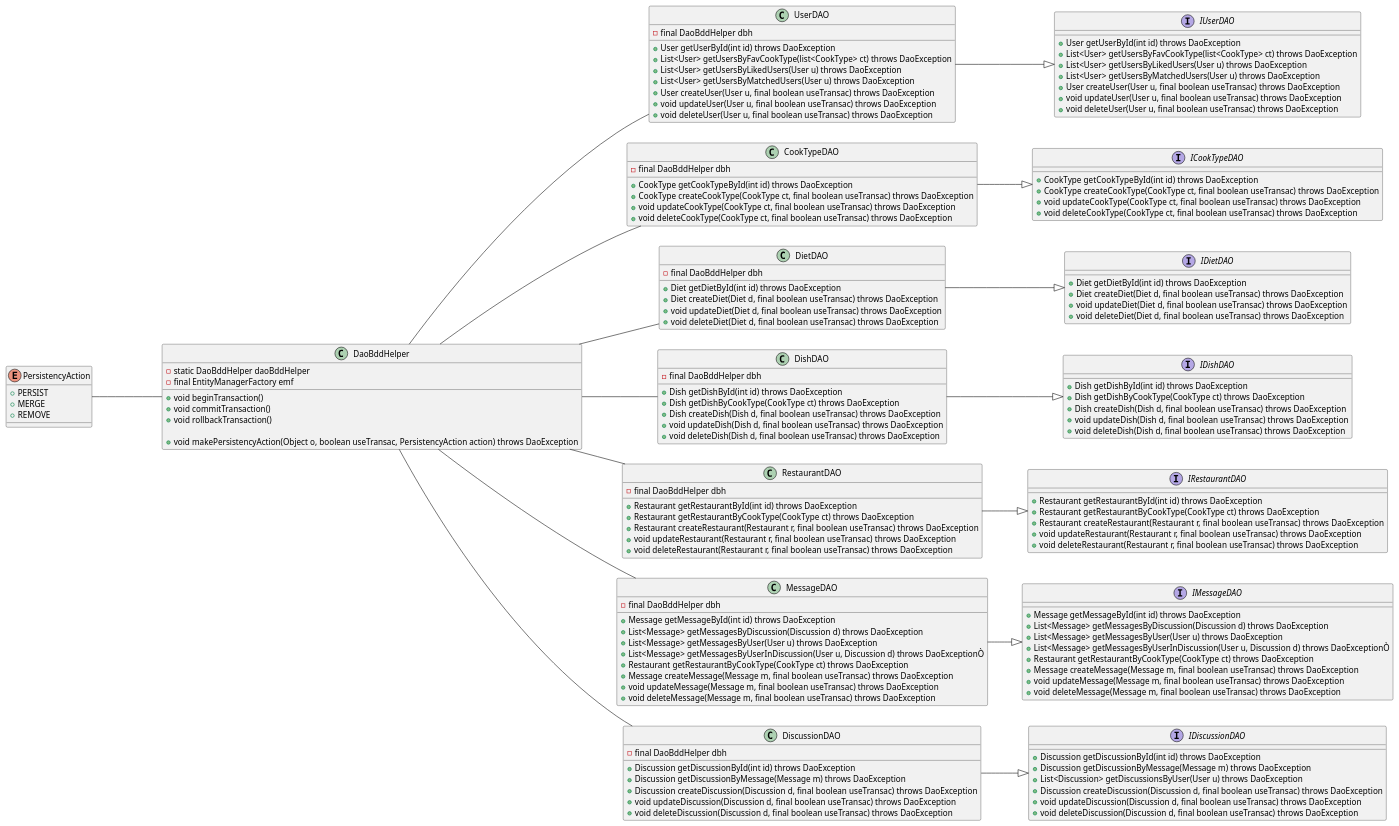
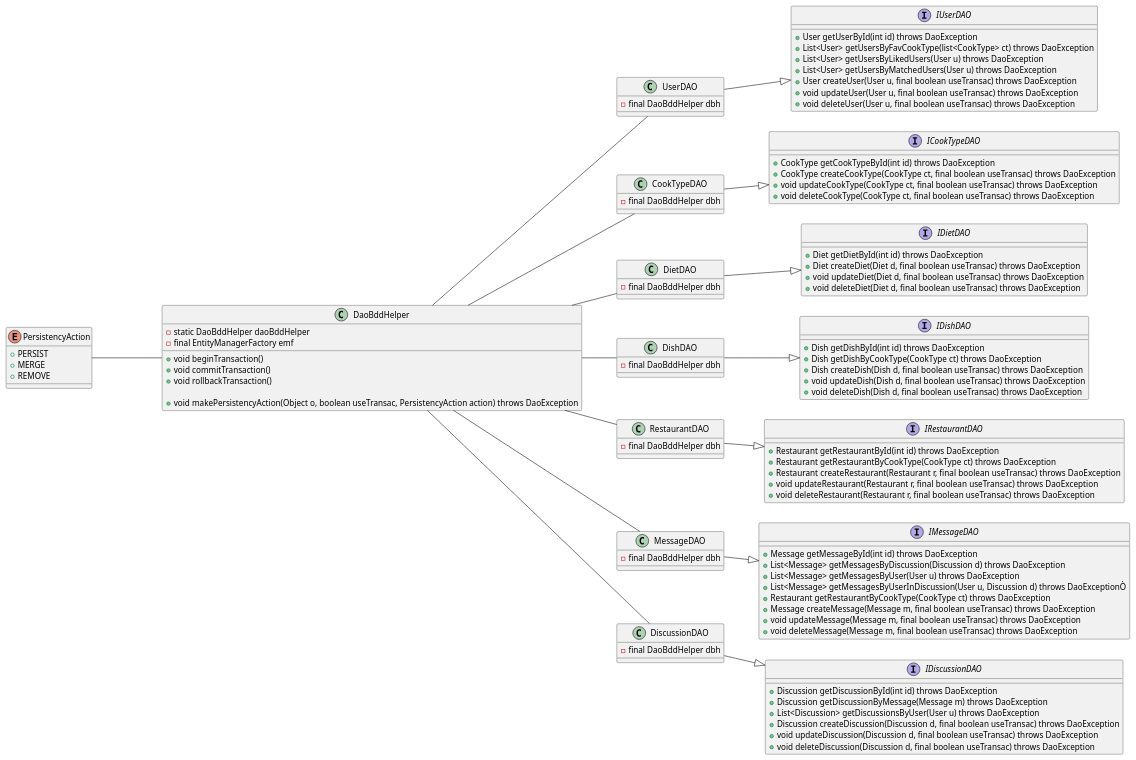
Before and after one commit to UPPA-s-University-Projects/M1_SIGLIS-MeetBallsUML: the diagram in class/dao.puml, drawn with PlantUML. The commit also changed 1 other file, not shown here.

Commit message:
clean DAO diagram to respect UML rules

```diff
--- a/class/dao.puml
+++ b/class/dao.puml
@@ -1,187 +1,149 @@
 @startuml
 
 left to right direction
 
 Class "DaoBddHelper" as daoBddHelper{
     - static DaoBddHelper daoBddHelper
     - final EntityManagerFactory emf
 
     + void beginTransaction()
     + void commitTransaction()
     + void rollbackTransaction()
 
     + void makePersistencyAction(Object o, boolean useTransac, PersistencyAction action) throws DaoException
 }
 
 Enum "PersistencyAction" as persistencyAction{
     + PERSIST
     + MERGE
     + REMOVE
 }
 
 Interface "IUserDAO" as iPersonDAO{
     + User getUserById(int id) throws DaoException
     + List<User> getUsersByFavCookType(list<CookType> ct) throws DaoException
     + List<User> getUsersByLikedUsers(User u) throws DaoException
     + List<User> getUsersByMatchedUsers(User u) throws DaoException
     + User createUser(User u, final boolean useTransac) throws DaoException
     + void updateUser(User u, final boolean useTransac) throws DaoException
     + void deleteUser(User u, final boolean useTransac) throws DaoException
 }
 
 Class "UserDAO" as personDAO{
 
     - final DaoBddHelper dbh
 
-    + User getUserById(int id) throws DaoException
-    + List<User> getUsersByFavCookType(list<CookType> ct) throws DaoException
-    + List<User> getUsersByLikedUsers(User u) throws DaoException
-    + List<User> getUsersByMatchedUsers(User u) throws DaoException
-    + User createUser(User u, final boolean useTransac) throws DaoException
-    + void updateUser(User u, final boolean useTransac) throws DaoException
-    + void deleteUser(User u, final boolean useTransac) throws DaoException
 }
 
 Interface "ICookTypeDAO" as iCookTypeDAO{
     + CookType getCookTypeById(int id) throws DaoException
     + CookType createCookType(CookType ct, final boolean useTransac) throws DaoException
     + void updateCookType(CookType ct, final boolean useTransac) throws DaoException
     + void deleteCookType(CookType ct, final boolean useTransac) throws DaoException
 }
 
 Class "CookTypeDAO" as cookTypeDAO{
 
     - final DaoBddHelper dbh
 
-    + CookType getCookTypeById(int id) throws DaoException
-    + CookType createCookType(CookType ct, final boolean useTransac) throws DaoException
-    + void updateCookType(CookType ct, final boolean useTransac) throws DaoException
-    + void deleteCookType(CookType ct, final boolean useTransac) throws DaoException
 }
 
 Interface "IDietDAO" as iDietDAO{
     + Diet getDietById(int id) throws DaoException
     + Diet createDiet(Diet d, final boolean useTransac) throws DaoException
     + void updateDiet(Diet d, final boolean useTransac) throws DaoException
     + void deleteDiet(Diet d, final boolean useTransac) throws DaoException
 }
 
 Class "DietDAO" as dietDAO{
 
     - final DaoBddHelper dbh
 
-    + Diet getDietById(int id) throws DaoException
-    + Diet createDiet(Diet d, final boolean useTransac) throws DaoException
-    + void updateDiet(Diet d, final boolean useTransac) throws DaoException
-    + void deleteDiet(Diet d, final boolean useTransac) throws DaoException
 }
 
 Interface "IDishDAO" as iDishDAO{
     + Dish getDishById(int id) throws DaoException
     + Dish getDishByCookType(CookType ct) throws DaoException
     + Dish createDish(Dish d, final boolean useTransac) throws DaoException
     + void updateDish(Dish d, final boolean useTransac) throws DaoException
     + void deleteDish(Dish d, final boolean useTransac) throws DaoException
 }
 
 Class "DishDAO" as dishDAO{
 
     - final DaoBddHelper dbh
 
-    + Dish getDishById(int id) throws DaoException
-    + Dish getDishByCookType(CookType ct) throws DaoException
-    + Dish createDish(Dish d, final boolean useTransac) throws DaoException
-    + void updateDish(Dish d, final boolean useTransac) throws DaoException
-    + void deleteDish(Dish d, final boolean useTransac) throws DaoException
 }
 
 Interface "IRestaurantDAO" as iRestaurantDAO{
     + Restaurant getRestaurantById(int id) throws DaoException
     + Restaurant getRestaurantByCookType(CookType ct) throws DaoException
     + Restaurant createRestaurant(Restaurant r, final boolean useTransac) throws DaoException
     + void updateRestaurant(Restaurant r, final boolean useTransac) throws DaoException
     + void deleteRestaurant(Restaurant r, final boolean useTransac) throws DaoException
 }
 
 Class "RestaurantDAO" as restaurantDAO{
     - final DaoBddHelper dbh
 
-    + Restaurant getRestaurantById(int id) throws DaoException
-    + Restaurant getRestaurantByCookType(CookType ct) throws DaoException
-    + Restaurant createRestaurant(Restaurant r, final boolean useTransac) throws DaoException
-    + void updateRestaurant(Restaurant r, final boolean useTransac) throws DaoException
-    + void deleteRestaurant(Restaurant r, final boolean useTransac) throws DaoException
 }
 
 
 Interface "IMessageDAO" as iMessageDAO{
     + Message getMessageById(int id) throws DaoException
     + List<Message> getMessagesByDiscussion(Discussion d) throws DaoException
     + List<Message> getMessagesByUser(User u) throws DaoException
     + List<Message> getMessagesByUserInDiscussion(User u, Discussion d) throws DaoExceptionÒ
     + Restaurant getRestaurantByCookType(CookType ct) throws DaoException
     + Message createMessage(Message m, final boolean useTransac) throws DaoException
     + void updateMessage(Message m, final boolean useTransac) throws DaoException
     + void deleteMessage(Message m, final boolean useTransac) throws DaoException
 }
 
 Class "MessageDAO" as messagingDAO{
     - final DaoBddHelper dbh
 
-    + Message getMessageById(int id) throws DaoException
-    + List<Message> getMessagesByDiscussion(Discussion d) throws DaoException
-    + List<Message> getMessagesByUser(User u) throws DaoException
-    + List<Message> getMessagesByUserInDiscussion(User u, Discussion d) throws DaoExceptionÒ
-    + Restaurant getRestaurantByCookType(CookType ct) throws DaoException
-    + Message createMessage(Message m, final boolean useTransac) throws DaoException
-    + void updateMessage(Message m, final boolean useTransac) throws DaoException
-    + void deleteMessage(Message m, final boolean useTransac) throws DaoException
 }
 
 
 
 Interface "IDiscussionDAO" as iDiscussionDAO{
     + Discussion getDiscussionById(int id) throws DaoException
     + Discussion getDiscussionByMessage(Message m) throws DaoException
     + List<Discussion> getDiscussionsByUser(User u) throws DaoException
     + Discussion createDiscussion(Discussion d, final boolean useTransac) throws DaoException
     + void updateDiscussion(Discussion d, final boolean useTransac) throws DaoException
     + void deleteDiscussion(Discussion d, final boolean useTransac) throws DaoException
 }
 
 Class "DiscussionDAO" as discussDAO{
     - final DaoBddHelper dbh
 
-    + Discussion getDiscussionById(int id) throws DaoException
-    + Discussion getDiscussionByMessage(Message m) throws DaoException
-    + Discussion createDiscussion(Discussion d, final boolean useTransac) throws DaoException
-    + void updateDiscussion(Discussion d, final boolean useTransac) throws DaoException
-    + void deleteDiscussion(Discussion d, final boolean useTransac) throws DaoException
 }
 
 persistencyAction --- daoBddHelper
 
 daoBddHelper -- personDAO
 daoBddHelper -- cookTypeDAO
 daoBddHelper -- dietDAO
 daoBddHelper -- dishDAO
 daoBddHelper -- restaurantDAO
 daoBddHelper -- messagingDAO
 daoBddHelper -- discussDAO
 
 personDAO --|> iPersonDAO
 cookTypeDAO --|>  iCookTypeDAO
 
 dietDAO --|>  iDietDAO
 
 dishDAO --|>  iDishDAO
 restaurantDAO  --|> iRestaurantDAO
 messagingDAO  --|> iMessageDAO
 discussDAO  --|> iDiscussionDAO
 
 
 
 
 
 
 @enduml
```
